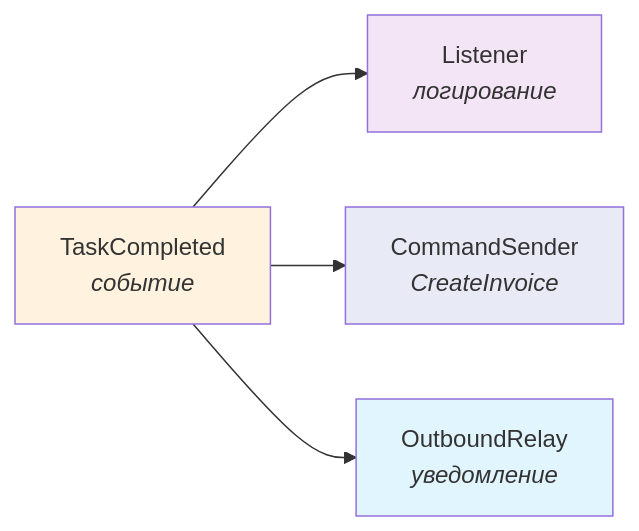
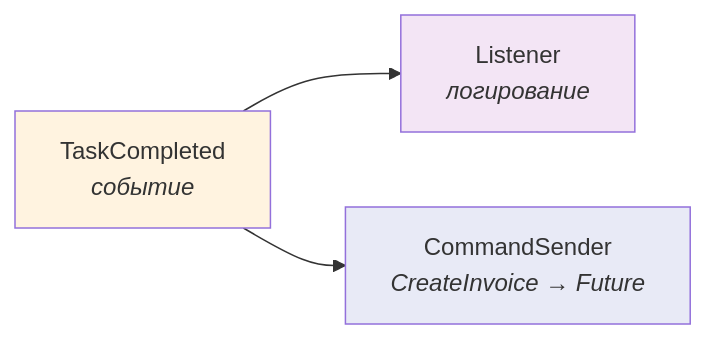
Diagram 12 of 14 in README.md (shuldan/skeleton), drawn with Mermaid before and after one commit. The commit also changed other lines of this file and 16 other files, not shown here.

````diff
--- a/README.md
+++ b/README.md
@@ -1566,13 +1448,11 @@
 ```mermaid
 graph LR
     TC["TaskCompleted<br/><i>событие</i>"]
     
     TC --> L1["Listener<br/><i>логирование</i>"]
-    TC --> CS["CommandSender<br/><i>CreateInvoice</i>"]
-    TC --> RL["OutboundRelay<br/><i>уведомление</i>"]
+    TC --> CS["CommandSender<br/><i>CreateInvoice → Future</i>"]
     
     style TC fill:#fff3e0
     style L1 fill:#f3e5f5
     style CS fill:#e8eaf6
-    style RL fill:#e1f5fe
 ```
````
